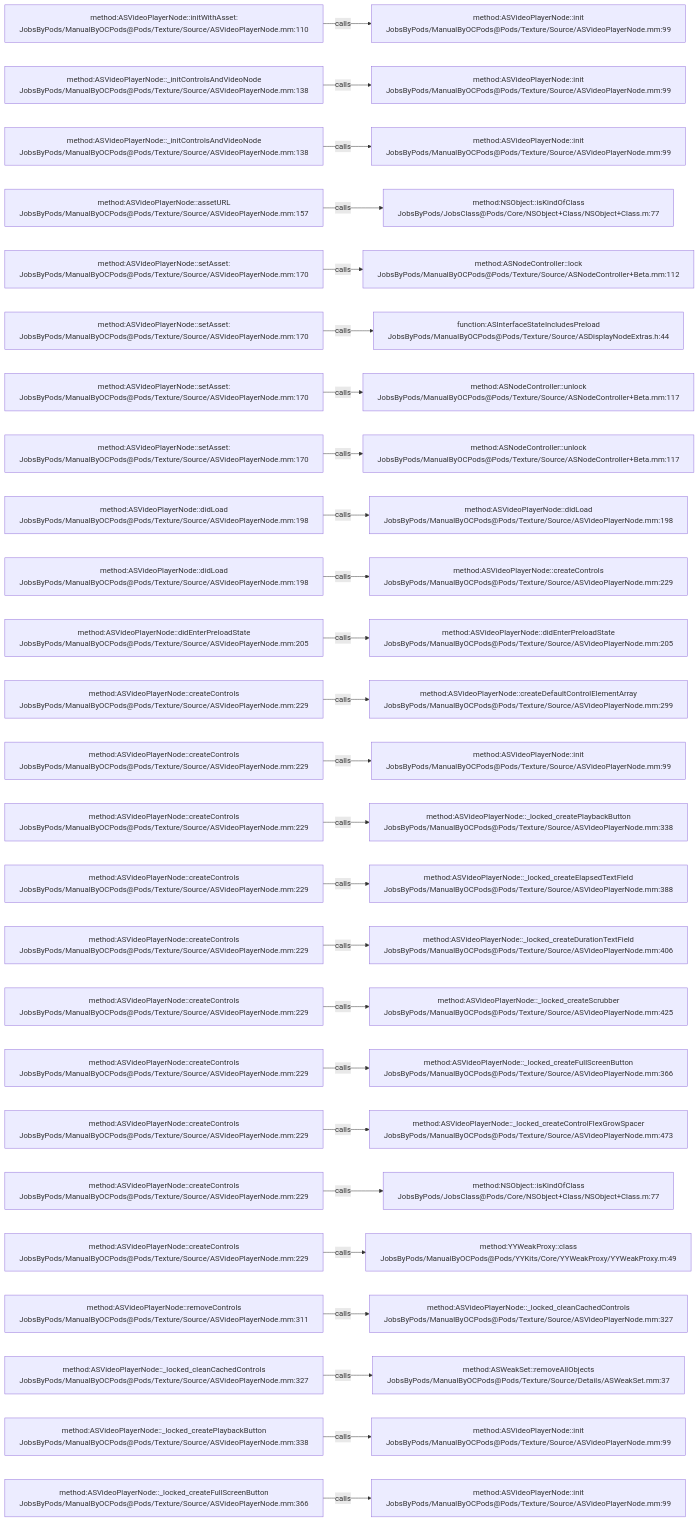
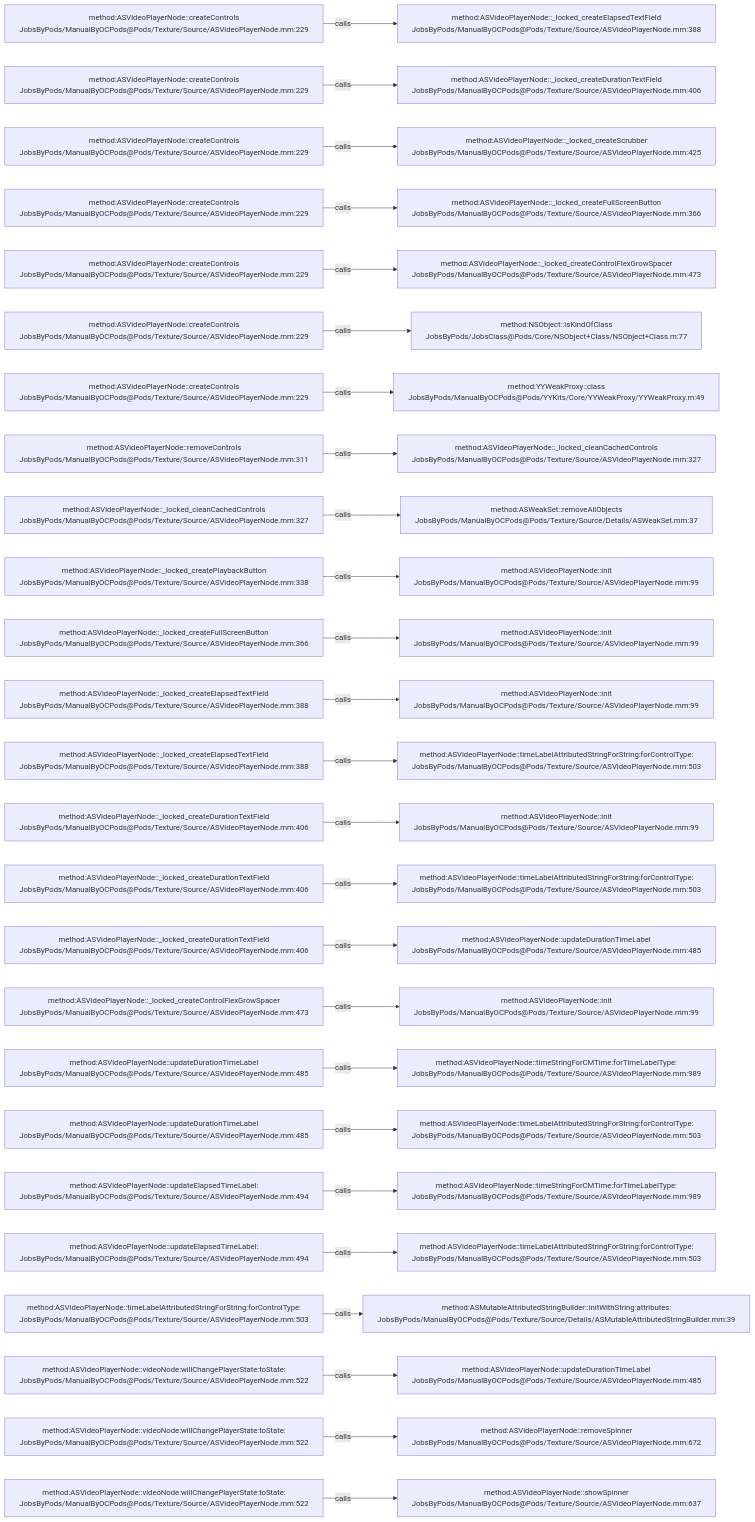
Before and after one commit to JobsKits/JobsOCBaseConfigDemo: the diagram in .codegraph/codegraph.md/graphs/calls-147.md, drawn with Mermaid. The commit also changed 296 other files, not shown here.

````diff
--- a/.codegraph/codegraph.md/graphs/calls-147.md
+++ b/.codegraph/codegraph.md/graphs/calls-147.md
@@ -13,78 +13,78 @@
 ```mermaid
 flowchart LR
-  S1["method:ASVideoPlayerNode::initWithAsset:<br/>JobsByPods/ManualByOCPods@Pods/Texture/Source/ASVideoPlayerNode.mm:110"]
-  T1["method:ASVideoPlayerNode::init<br/>JobsByPods/ManualByOCPods@Pods/Texture/Source/ASVideoPlayerNode.mm:99"]
+  S1["method:ASVideoPlayerNode::createControls<br/>JobsByPods/ManualByOCPods@Pods/Texture/Source/ASVideoPlayerNode.mm:229"]
+  T1["method:ASVideoPlayerNode::_locked_createElapsedTextField<br/>JobsByPods/ManualByOCPods@Pods/Texture/Source/ASVideoPlayerNode.mm:388"]
   S1 -->|calls| T1
-  S2["method:ASVideoPlayerNode::_initControlsAndVideoNode<br/>JobsByPods/ManualByOCPods@Pods/Texture/Source/ASVideoPlayerNode.mm:138"]
-  T2["method:ASVideoPlayerNode::init<br/>JobsByPods/ManualByOCPods@Pods/Texture/Source/ASVideoPlayerNode.mm:99"]
+  S2["method:ASVideoPlayerNode::createControls<br/>JobsByPods/ManualByOCPods@Pods/Texture/Source/ASVideoPlayerNode.mm:229"]
+  T2["method:ASVideoPlayerNode::_locked_createDurationTextField<br/>JobsByPods/ManualByOCPods@Pods/Texture/Source/ASVideoPlayerNode.mm:406"]
   S2 -->|calls| T2
-  S3["method:ASVideoPlayerNode::_initControlsAndVideoNode<br/>JobsByPods/ManualByOCPods@Pods/Texture/Source/ASVideoPlayerNode.mm:138"]
-  T3["method:ASVideoPlayerNode::init<br/>JobsByPods/ManualByOCPods@Pods/Texture/Source/ASVideoPlayerNode.mm:99"]
+  S3["method:ASVideoPlayerNode::createControls<br/>JobsByPods/ManualByOCPods@Pods/Texture/Source/ASVideoPlayerNode.mm:229"]
+  T3["method:ASVideoPlayerNode::_locked_createScrubber<br/>JobsByPods/ManualByOCPods@Pods/Texture/Source/ASVideoPlayerNode.mm:425"]
   S3 -->|calls| T3
-  S4["method:ASVideoPlayerNode::assetURL<br/>JobsByPods/ManualByOCPods@Pods/Texture/Source/ASVideoPlayerNode.mm:157"]
-  T4["method:NSObject::isKindOfClass<br/>JobsByPods/JobsClass@Pods/Core/NSObject+Class/NSObject+Class.m:77"]
+  S4["method:ASVideoPlayerNode::createControls<br/>JobsByPods/ManualByOCPods@Pods/Texture/Source/ASVideoPlayerNode.mm:229"]
+  T4["method:ASVideoPlayerNode::_locked_createFullScreenButton<br/>JobsByPods/ManualByOCPods@Pods/Texture/Source/ASVideoPlayerNode.mm:366"]
   S4 -->|calls| T4
-  S5["method:ASVideoPlayerNode::setAsset:<br/>JobsByPods/ManualByOCPods@Pods/Texture/Source/ASVideoPlayerNode.mm:170"]
-  T5["method:ASNodeController::lock<br/>JobsByPods/ManualByOCPods@Pods/Texture/Source/ASNodeController+Beta.mm:112"]
+  S5["method:ASVideoPlayerNode::createControls<br/>JobsByPods/ManualByOCPods@Pods/Texture/Source/ASVideoPlayerNode.mm:229"]
+  T5["method:ASVideoPlayerNode::_locked_createControlFlexGrowSpacer<br/>JobsByPods/ManualByOCPods@Pods/Texture/Source/ASVideoPlayerNode.mm:473"]
   S5 -->|calls| T5
-  S6["method:ASVideoPlayerNode::setAsset:<br/>JobsByPods/ManualByOCPods@Pods/Texture/Source/ASVideoPlayerNode.mm:170"]
-  T6["function:ASInterfaceStateIncludesPreload<br/>JobsByPods/ManualByOCPods@Pods/Texture/Source/ASDisplayNodeExtras.h:44"]
+  S6["method:ASVideoPlayerNode::createControls<br/>JobsByPods/ManualByOCPods@Pods/Texture/Source/ASVideoPlayerNode.mm:229"]
+  T6["method:NSObject::isKindOfClass<br/>JobsByPods/JobsClass@Pods/Core/NSObject+Class/NSObject+Class.m:77"]
   S6 -->|calls| T6
-  S7["method:ASVideoPlayerNode::setAsset:<br/>JobsByPods/ManualByOCPods@Pods/Texture/Source/ASVideoPlayerNode.mm:170"]
-  T7["method:ASNodeController::unlock<br/>JobsByPods/ManualByOCPods@Pods/Texture/Source/ASNodeController+Beta.mm:117"]
+  S7["method:ASVideoPlayerNode::createControls<br/>JobsByPods/ManualByOCPods@Pods/Texture/Source/ASVideoPlayerNode.mm:229"]
+  T7["method:YYWeakProxy::class<br/>JobsByPods/ManualByOCPods@Pods/YYKits/Core/YYWeakProxy/YYWeakProxy.m:49"]
   S7 -->|calls| T7
-  S8["method:ASVideoPlayerNode::setAsset:<br/>JobsByPods/ManualByOCPods@Pods/Texture/Source/ASVideoPlayerNode.mm:170"]
-  T8["method:ASNodeController::unlock<br/>JobsByPods/ManualByOCPods@Pods/Texture/Source/ASNodeController+Beta.mm:117"]
+  S8["method:ASVideoPlayerNode::removeControls<br/>JobsByPods/ManualByOCPods@Pods/Texture/Source/ASVideoPlayerNode.mm:311"]
+  T8["method:ASVideoPlayerNode::_locked_cleanCachedControls<br/>JobsByPods/ManualByOCPods@Pods/Texture/Source/ASVideoPlayerNode.mm:327"]
   S8 -->|calls| T8
-  S9["method:ASVideoPlayerNode::didLoad<br/>JobsByPods/ManualByOCPods@Pods/Texture/Source/ASVideoPlayerNode.mm:198"]
-  T9["method:ASVideoPlayerNode::didLoad<br/>JobsByPods/ManualByOCPods@Pods/Texture/Source/ASVideoPlayerNode.mm:198"]
+  S9["method:ASVideoPlayerNode::_locked_cleanCachedControls<br/>JobsByPods/ManualByOCPods@Pods/Texture/Source/ASVideoPlayerNode.mm:327"]
+  T9["method:ASWeakSet::removeAllObjects<br/>JobsByPods/ManualByOCPods@Pods/Texture/Source/Details/ASWeakSet.mm:37"]
   S9 -->|calls| T9
-  S10["method:ASVideoPlayerNode::didLoad<br/>JobsByPods/ManualByOCPods@Pods/Texture/Source/ASVideoPlayerNode.mm:198"]
-  T10["method:ASVideoPlayerNode::createControls<br/>JobsByPods/ManualByOCPods@Pods/Texture/Source/ASVideoPlayerNode.mm:229"]
+  S10["method:ASVideoPlayerNode::_locked_createPlaybackButton<br/>JobsByPods/ManualByOCPods@Pods/Texture/Source/ASVideoPlayerNode.mm:338"]
+  T10["method:ASVideoPlayerNode::init<br/>JobsByPods/ManualByOCPods@Pods/Texture/Source/ASVideoPlayerNode.mm:99"]
   S10 -->|calls| T10
-  S11["method:ASVideoPlayerNode::didEnterPreloadState<br/>JobsByPods/ManualByOCPods@Pods/Texture/Source/ASVideoPlayerNode.mm:205"]
-  T11["method:ASVideoPlayerNode::didEnterPreloadState<br/>JobsByPods/ManualByOCPods@Pods/Texture/Source/ASVideoPlayerNode.mm:205"]
+  S11["method:ASVideoPlayerNode::_locked_createFullScreenButton<br/>JobsByPods/ManualByOCPods@Pods/Texture/Source/ASVideoPlayerNode.mm:366"]
+  T11["method:ASVideoPlayerNode::init<br/>JobsByPods/ManualByOCPods@Pods/Texture/Source/ASVideoPlayerNode.mm:99"]
   S11 -->|calls| T11
-  S12["method:ASVideoPlayerNode::createControls<br/>JobsByPods/ManualByOCPods@Pods/Texture/Source/ASVideoPlayerNode.mm:229"]
-  T12["method:ASVideoPlayerNode::createDefaultControlElementArray<br/>JobsByPods/ManualByOCPods@Pods/Texture/Source/ASVideoPlayerNode.mm:299"]
+  S12["method:ASVideoPlayerNode::_locked_createElapsedTextField<br/>JobsByPods/ManualByOCPods@Pods/Texture/Source/ASVideoPlayerNode.mm:388"]
+  T12["method:ASVideoPlayerNode::init<br/>JobsByPods/ManualByOCPods@Pods/Texture/Source/ASVideoPlayerNode.mm:99"]
   S12 -->|calls| T12
-  S13["method:ASVideoPlayerNode::createControls<br/>JobsByPods/ManualByOCPods@Pods/Texture/Source/ASVideoPlayerNode.mm:229"]
-  T13["method:ASVideoPlayerNode::init<br/>JobsByPods/ManualByOCPods@Pods/Texture/Source/ASVideoPlayerNode.mm:99"]
+  S13["method:ASVideoPlayerNode::_locked_createElapsedTextField<br/>JobsByPods/ManualByOCPods@Pods/Texture/Source/ASVideoPlayerNode.mm:388"]
+  T13["method:ASVideoPlayerNode::timeLabelAttributedStringForString:forControlType:<br/>JobsByPods/ManualByOCPods@Pods/Texture/Source/ASVideoPlayerNode.mm:503"]
   S13 -->|calls| T13
-  S14["method:ASVideoPlayerNode::createControls<br/>JobsByPods/ManualByOCPods@Pods/Texture/Source/ASVideoPlayerNode.mm:229"]
-  T14["method:ASVideoPlayerNode::_locked_createPlaybackButton<br/>JobsByPods/ManualByOCPods@Pods/Texture/Source/ASVideoPlayerNode.mm:338"]
+  S14["method:ASVideoPlayerNode::_locked_createDurationTextField<br/>JobsByPods/ManualByOCPods@Pods/Texture/Source/ASVideoPlayerNode.mm:406"]
+  T14["method:ASVideoPlayerNode::init<br/>JobsByPods/ManualByOCPods@Pods/Texture/Source/ASVideoPlayerNode.mm:99"]
   S14 -->|calls| T14
-  S15["method:ASVideoPlayerNode::createControls<br/>JobsByPods/ManualByOCPods@Pods/Texture/Source/ASVideoPlayerNode.mm:229"]
-  T15["method:ASVideoPlayerNode::_locked_createElapsedTextField<br/>JobsByPods/ManualByOCPods@Pods/Texture/Source/ASVideoPlayerNode.mm:388"]
+  S15["method:ASVideoPlayerNode::_locked_createDurationTextField<br/>JobsByPods/ManualByOCPods@Pods/Texture/Source/ASVideoPlayerNode.mm:406"]
+  T15["method:ASVideoPlayerNode::timeLabelAttributedStringForString:forControlType:<br/>JobsByPods/ManualByOCPods@Pods/Texture/Source/ASVideoPlayerNode.mm:503"]
   S15 -->|calls| T15
-  S16["method:ASVideoPlayerNode::createControls<br/>JobsByPods/ManualByOCPods@Pods/Texture/Source/ASVideoPlayerNode.mm:229"]
-  T16["method:ASVideoPlayerNode::_locked_createDurationTextField<br/>JobsByPods/ManualByOCPods@Pods/Texture/Source/ASVideoPlayerNode.mm:406"]
+  S16["method:ASVideoPlayerNode::_locked_createDurationTextField<br/>JobsByPods/ManualByOCPods@Pods/Texture/Source/ASVideoPlayerNode.mm:406"]
+  T16["method:ASVideoPlayerNode::updateDurationTimeLabel<br/>JobsByPods/ManualByOCPods@Pods/Texture/Source/ASVideoPlayerNode.mm:485"]
   S16 -->|calls| T16
-  S17["method:ASVideoPlayerNode::createControls<br/>JobsByPods/ManualByOCPods@Pods/Texture/Source/ASVideoPlayerNode.mm:229"]
-  T17["method:ASVideoPlayerNode::_locked_createScrubber<br/>JobsByPods/ManualByOCPods@Pods/Texture/Source/ASVideoPlayerNode.mm:425"]
+  S17["method:ASVideoPlayerNode::_locked_createControlFlexGrowSpacer<br/>JobsByPods/ManualByOCPods@Pods/Texture/Source/ASVideoPlayerNode.mm:473"]
+  T17["method:ASVideoPlayerNode::init<br/>JobsByPods/ManualByOCPods@Pods/Texture/Source/ASVideoPlayerNode.mm:99"]
   S17 -->|calls| T17
-  S18["method:ASVideoPlayerNode::createControls<br/>JobsByPods/ManualByOCPods@Pods/Texture/Source/ASVideoPlayerNode.mm:229"]
-  T18["method:ASVideoPlayerNode::_locked_createFullScreenButton<br/>JobsByPods/ManualByOCPods@Pods/Texture/Source/ASVideoPlayerNode.mm:366"]
+  S18["method:ASVideoPlayerNode::updateDurationTimeLabel<br/>JobsByPods/ManualByOCPods@Pods/Texture/Source/ASVideoPlayerNode.mm:485"]
+  T18["method:ASVideoPlayerNode::timeStringForCMTime:forTimeLabelType:<br/>JobsByPods/ManualByOCPods@Pods/Texture/Source/ASVideoPlayerNode.mm:989"]
   S18 -->|calls| T18
-  S19["method:ASVideoPlayerNode::createControls<br/>JobsByPods/ManualByOCPods@Pods/Texture/Source/ASVideoPlayerNode.mm:229"]
-  T19["method:ASVideoPlayerNode::_locked_createControlFlexGrowSpacer<br/>JobsByPods/ManualByOCPods@Pods/Texture/Source/ASVideoPlayerNode.mm:473"]
+  S19["method:ASVideoPlayerNode::updateDurationTimeLabel<br/>JobsByPods/ManualByOCPods@Pods/Texture/Source/ASVideoPlayerNode.mm:485"]
+  T19["method:ASVideoPlayerNode::timeLabelAttributedStringForString:forControlType:<br/>JobsByPods/ManualByOCPods@Pods/Texture/Source/ASVideoPlayerNode.mm:503"]
   S19 -->|calls| T19
-  S20["method:ASVideoPlayerNode::createControls<br/>JobsByPods/ManualByOCPods@Pods/Texture/Source/ASVideoPlayerNode.mm:229"]
-  T20["method:NSObject::isKindOfClass<br/>JobsByPods/JobsClass@Pods/Core/NSObject+Class/NSObject+Class.m:77"]
+  S20["method:ASVideoPlayerNode::updateElapsedTimeLabel:<br/>JobsByPods/ManualByOCPods@Pods/Texture/Source/ASVideoPlayerNode.mm:494"]
+  T20["method:ASVideoPlayerNode::timeStringForCMTime:forTimeLabelType:<br/>JobsByPods/ManualByOCPods@Pods/Texture/Source/ASVideoPlayerNode.mm:989"]
   S20 -->|calls| T20
-  S21["method:ASVideoPlayerNode::createControls<br/>JobsByPods/ManualByOCPods@Pods/Texture/Source/ASVideoPlayerNode.mm:229"]
-  T21["method:YYWeakProxy::class<br/>JobsByPods/ManualByOCPods@Pods/YYKits/Core/YYWeakProxy/YYWeakProxy.m:49"]
+  S21["method:ASVideoPlayerNode::updateElapsedTimeLabel:<br/>JobsByPods/ManualByOCPods@Pods/Texture/Source/ASVideoPlayerNode.mm:494"]
+  T21["method:ASVideoPlayerNode::timeLabelAttributedStringForString:forControlType:<br/>JobsByPods/ManualByOCPods@Pods/Texture/Source/ASVideoPlayerNode.mm:503"]
   S21 -->|calls| T21
-  S22["method:ASVideoPlayerNode::removeControls<br/>JobsByPods/ManualByOCPods@Pods/Texture/Source/ASVideoPlayerNode.mm:311"]
-  T22["method:ASVideoPlayerNode::_locked_cleanCachedControls<br/>JobsByPods/ManualByOCPods@Pods/Texture/Source/ASVideoPlayerNode.mm:327"]
+  S22["method:ASVideoPlayerNode::timeLabelAttributedStringForString:forControlType:<br/>JobsByPods/ManualByOCPods@Pods/Texture/Source/ASVideoPlayerNode.mm:503"]
+  T22["method:ASMutableAttributedStringBuilder::initWithString:attributes:<br/>JobsByPods/ManualByOCPods@Pods/Texture/Source/Details/ASMutableAttributedStringBuilder.mm:39"]
   S22 -->|calls| T22
-  S23["method:ASVideoPlayerNode::_locked_cleanCachedControls<br/>JobsByPods/ManualByOCPods@Pods/Texture/Source/ASVideoPlayerNode.mm:327"]
-  T23["method:ASWeakSet::removeAllObjects<br/>JobsByPods/ManualByOCPods@Pods/Texture/Source/Details/ASWeakSet.mm:37"]
+  S23["method:ASVideoPlayerNode::videoNode:willChangePlayerState:toState:<br/>JobsByPods/ManualByOCPods@Pods/Texture/Source/ASVideoPlayerNode.mm:522"]
+  T23["method:ASVideoPlayerNode::updateDurationTimeLabel<br/>JobsByPods/ManualByOCPods@Pods/Texture/Source/ASVideoPlayerNode.mm:485"]
   S23 -->|calls| T23
-  S24["method:ASVideoPlayerNode::_locked_createPlaybackButton<br/>JobsByPods/ManualByOCPods@Pods/Texture/Source/ASVideoPlayerNode.mm:338"]
-  T24["method:ASVideoPlayerNode::init<br/>JobsByPods/ManualByOCPods@Pods/Texture/Source/ASVideoPlayerNode.mm:99"]
+  S24["method:ASVideoPlayerNode::videoNode:willChangePlayerState:toState:<br/>JobsByPods/ManualByOCPods@Pods/Texture/Source/ASVideoPlayerNode.mm:522"]
+  T24["method:ASVideoPlayerNode::removeSpinner<br/>JobsByPods/ManualByOCPods@Pods/Texture/Source/ASVideoPlayerNode.mm:672"]
   S24 -->|calls| T24
-  S25["method:ASVideoPlayerNode::_locked_createFullScreenButton<br/>JobsByPods/ManualByOCPods@Pods/Texture/Source/ASVideoPlayerNode.mm:366"]
-  T25["method:ASVideoPlayerNode::init<br/>JobsByPods/ManualByOCPods@Pods/Texture/Source/ASVideoPlayerNode.mm:99"]
+  S25["method:ASVideoPlayerNode::videoNode:willChangePlayerState:toState:<br/>JobsByPods/ManualByOCPods@Pods/Texture/Source/ASVideoPlayerNode.mm:522"]
+  T25["method:ASVideoPlayerNode::showSpinner<br/>JobsByPods/ManualByOCPods@Pods/Texture/Source/ASVideoPlayerNode.mm:637"]
   S25 -->|calls| T25
 ```
````
